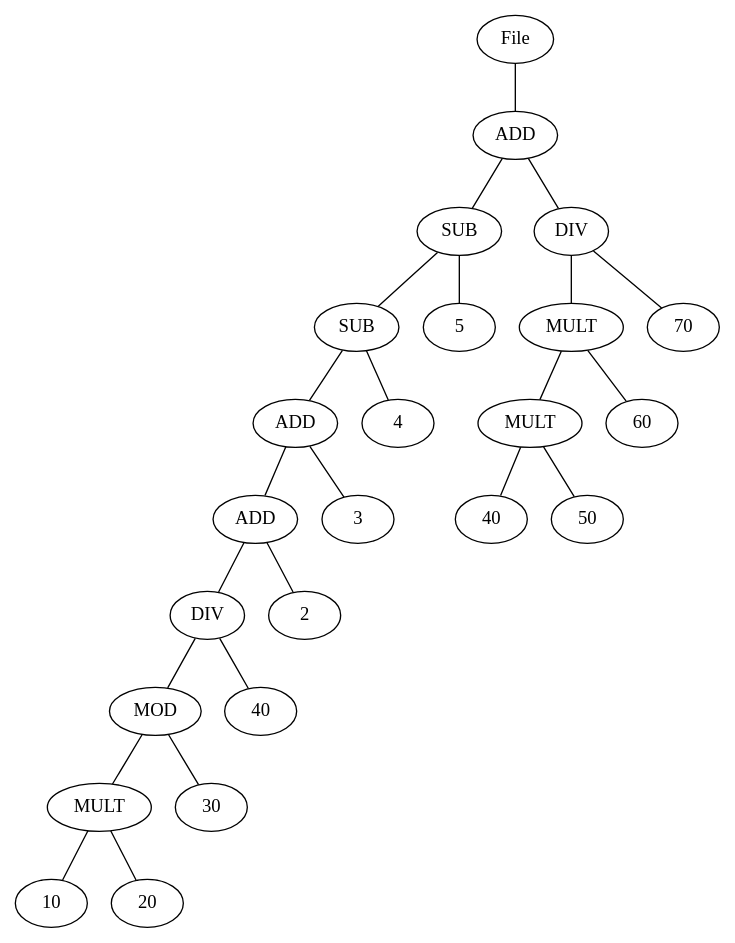
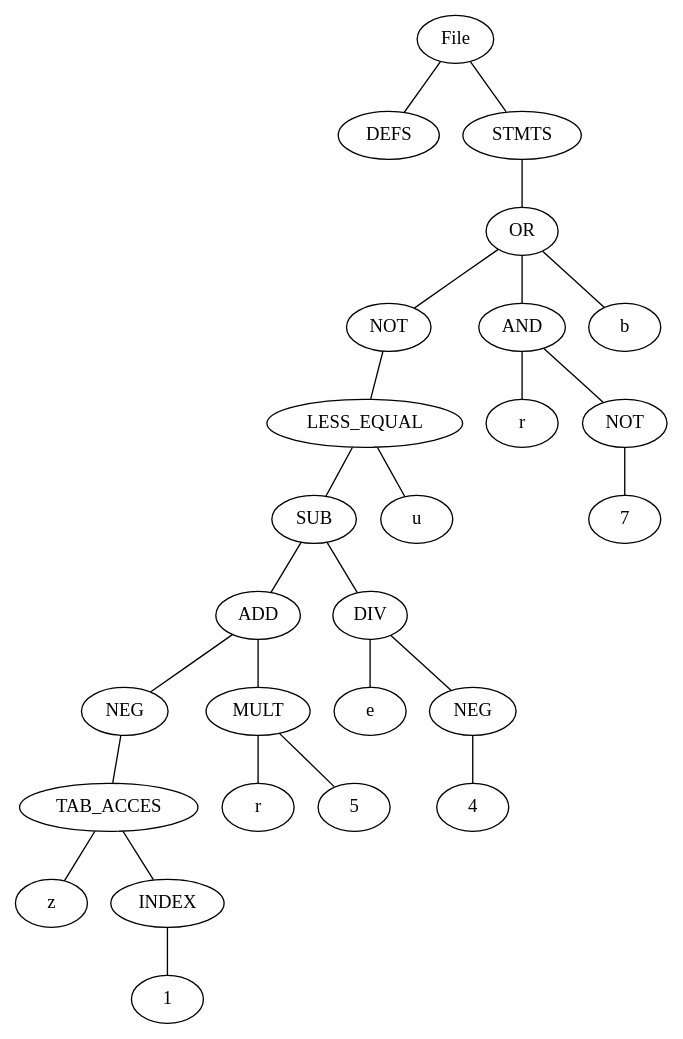
One commit to nathanl0204/pcl1 changed the diagram in app/bin/main/output.dot. Above: the diagram before and after it, drawn with Graphviz. The commit also changed 88 other files, not shown here.

```diff
--- a/app/bin/main/output.dot
+++ b/app/bin/main/output.dot
@@ -1,49 +1,53 @@
 graph AST {
   root [label="File"];
-  root -- root_1792393294;
-  root_1792393294 [label="ADD"];
-  root_1792393294 -- root_1792393294_left;
-  root_1792393294_left [label="SUB"];
-  root_1792393294_left -- root_1792393294_left_left;
-  root_1792393294_left_left [label="SUB"];
-  root_1792393294_left_left -- root_1792393294_left_left_left;
-  root_1792393294_left_left_left [label="ADD"];
-  root_1792393294_left_left_left -- root_1792393294_left_left_left_left;
-  root_1792393294_left_left_left_left [label="ADD"];
-  root_1792393294_left_left_left_left -- root_1792393294_left_left_left_left_left;
-  root_1792393294_left_left_left_left_left [label="DIV"];
-  root_1792393294_left_left_left_left_left -- root_1792393294_left_left_left_left_left_left;
-  root_1792393294_left_left_left_left_left_left [label="MOD"];
-  root_1792393294_left_left_left_left_left_left -- root_1792393294_left_left_left_left_left_left_left;
-  root_1792393294_left_left_left_left_left_left_left [label="MULT"];
-  root_1792393294_left_left_left_left_left_left_left -- root_1792393294_left_left_left_left_left_left_left_left;
-  root_1792393294_left_left_left_left_left_left_left_left [label="10"];
-  root_1792393294_left_left_left_left_left_left_left -- root_1792393294_left_left_left_left_left_left_left_right;
-  root_1792393294_left_left_left_left_left_left_left_right [label="20"];
-  root_1792393294_left_left_left_left_left_left -- root_1792393294_left_left_left_left_left_left_right;
-  root_1792393294_left_left_left_left_left_left_right [label="30"];
-  root_1792393294_left_left_left_left_left -- root_1792393294_left_left_left_left_left_right;
-  root_1792393294_left_left_left_left_left_right [label="40"];
-  root_1792393294_left_left_left_left -- root_1792393294_left_left_left_left_right;
-  root_1792393294_left_left_left_left_right [label="2"];
-  root_1792393294_left_left_left -- root_1792393294_left_left_left_right;
-  root_1792393294_left_left_left_right [label="3"];
-  root_1792393294_left_left -- root_1792393294_left_left_right;
-  root_1792393294_left_left_right [label="4"];
-  root_1792393294_left -- root_1792393294_left_right;
-  root_1792393294_left_right [label="5"];
-  root_1792393294 -- root_1792393294_right;
-  root_1792393294_right [label="DIV"];
-  root_1792393294_right -- root_1792393294_right_left;
-  root_1792393294_right_left [label="MULT"];
-  root_1792393294_right_left -- root_1792393294_right_left_left;
-  root_1792393294_right_left_left [label="MULT"];
-  root_1792393294_right_left_left -- root_1792393294_right_left_left_left;
-  root_1792393294_right_left_left_left [label="40"];
-  root_1792393294_right_left_left -- root_1792393294_right_left_left_right;
-  root_1792393294_right_left_left_right [label="50"];
-  root_1792393294_right_left -- root_1792393294_right_left_right;
-  root_1792393294_right_left_right [label="60"];
-  root_1792393294_right -- root_1792393294_right_right;
-  root_1792393294_right_right [label="70"];
+  root -- root_defs;
+  root_defs [label="DEFS"];
+  root -- root_stmts;
+  root_stmts [label="STMTS"];
+  root_stmts -- root_stmts_142257191;
+  root_stmts_142257191 [label="OR"];
+  root_stmts_142257191 -- root_stmts_142257191_990368553;
+  root_stmts_142257191_990368553 [label="NOT"];
+  root_stmts_142257191_990368553 -- root_stmts_142257191_990368553_1096979270;
+  root_stmts_142257191_990368553_1096979270 [label="LESS_EQUAL"];
+  root_stmts_142257191_990368553_1096979270 -- root_stmts_142257191_990368553_1096979270_left;
+  root_stmts_142257191_990368553_1096979270_left [label="SUB"];
+  root_stmts_142257191_990368553_1096979270_left -- root_stmts_142257191_990368553_1096979270_left_left;
+  root_stmts_142257191_990368553_1096979270_left_left [label="ADD"];
+  root_stmts_142257191_990368553_1096979270_left_left -- root_stmts_142257191_990368553_1096979270_left_left_left;
+  root_stmts_142257191_990368553_1096979270_left_left_left [label="NEG"];
+  root_stmts_142257191_990368553_1096979270_left_left_left -- root_stmts_142257191_990368553_1096979270_left_left_left_1078694789;
+  root_stmts_142257191_990368553_1096979270_left_left_left_1078694789 [label="TAB_ACCES"];
+  root_stmts_142257191_990368553_1096979270_left_left_left_1078694789 -- root_stmts_142257191_990368553_1096979270_left_left_left_1078694789_left;
+  root_stmts_142257191_990368553_1096979270_left_left_left_1078694789_left [label="z"];
+  root_stmts_142257191_990368553_1096979270_left_left_left_1078694789_INDEX [label="INDEX"];
+  root_stmts_142257191_990368553_1096979270_left_left_left_1078694789 -- root_stmts_142257191_990368553_1096979270_left_left_left_1078694789_INDEX;
+  root_stmts_142257191_990368553_1096979270_left_left_left_1078694789_INDEX -- root_stmts_142257191_990368553_1096979270_left_left_left_1078694789_INDEX_child0;
+  root_stmts_142257191_990368553_1096979270_left_left_left_1078694789_INDEX_child0 [label="1"];
+  root_stmts_142257191_990368553_1096979270_left_left -- root_stmts_142257191_990368553_1096979270_left_left_right;
+  root_stmts_142257191_990368553_1096979270_left_left_right [label="MULT"];
+  root_stmts_142257191_990368553_1096979270_left_left_right -- root_stmts_142257191_990368553_1096979270_left_left_right_left;
+  root_stmts_142257191_990368553_1096979270_left_left_right_left [label="r"];
+  root_stmts_142257191_990368553_1096979270_left_left_right -- root_stmts_142257191_990368553_1096979270_left_left_right_right;
+  root_stmts_142257191_990368553_1096979270_left_left_right_right [label="5"];
+  root_stmts_142257191_990368553_1096979270_left -- root_stmts_142257191_990368553_1096979270_left_right;
+  root_stmts_142257191_990368553_1096979270_left_right [label="DIV"];
+  root_stmts_142257191_990368553_1096979270_left_right -- root_stmts_142257191_990368553_1096979270_left_right_left;
+  root_stmts_142257191_990368553_1096979270_left_right_left [label="e"];
+  root_stmts_142257191_990368553_1096979270_left_right -- root_stmts_142257191_990368553_1096979270_left_right_right;
+  root_stmts_142257191_990368553_1096979270_left_right_right [label="NEG"];
+  root_stmts_142257191_990368553_1096979270_left_right_right -- root_stmts_142257191_990368553_1096979270_left_right_right_1831932724;
+  root_stmts_142257191_990368553_1096979270_left_right_right_1831932724 [label="4"];
+  root_stmts_142257191_990368553_1096979270 -- root_stmts_142257191_990368553_1096979270_right;
+  root_stmts_142257191_990368553_1096979270_right [label="u"];
+  root_stmts_142257191 -- root_stmts_142257191_1747585824;
+  root_stmts_142257191_1747585824 [label="AND"];
+  root_stmts_142257191_1747585824 -- root_stmts_142257191_1747585824_1023892928;
+  root_stmts_142257191_1747585824_1023892928 [label="r"];
+  root_stmts_142257191_1747585824 -- root_stmts_142257191_1747585824_558638686;
+  root_stmts_142257191_1747585824_558638686 [label="NOT"];
+  root_stmts_142257191_1747585824_558638686 -- root_stmts_142257191_1747585824_558638686_1149319664;
+  root_stmts_142257191_1747585824_558638686_1149319664 [label="7"];
+  root_stmts_142257191 -- root_stmts_142257191_2093631819;
+  root_stmts_142257191_2093631819 [label="b"];
 }
```
